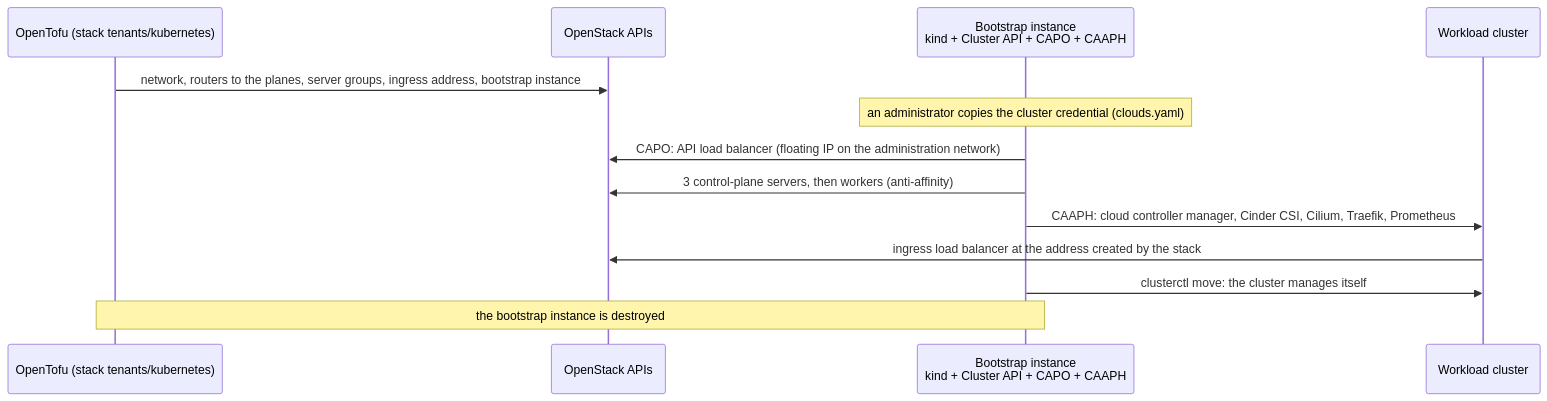
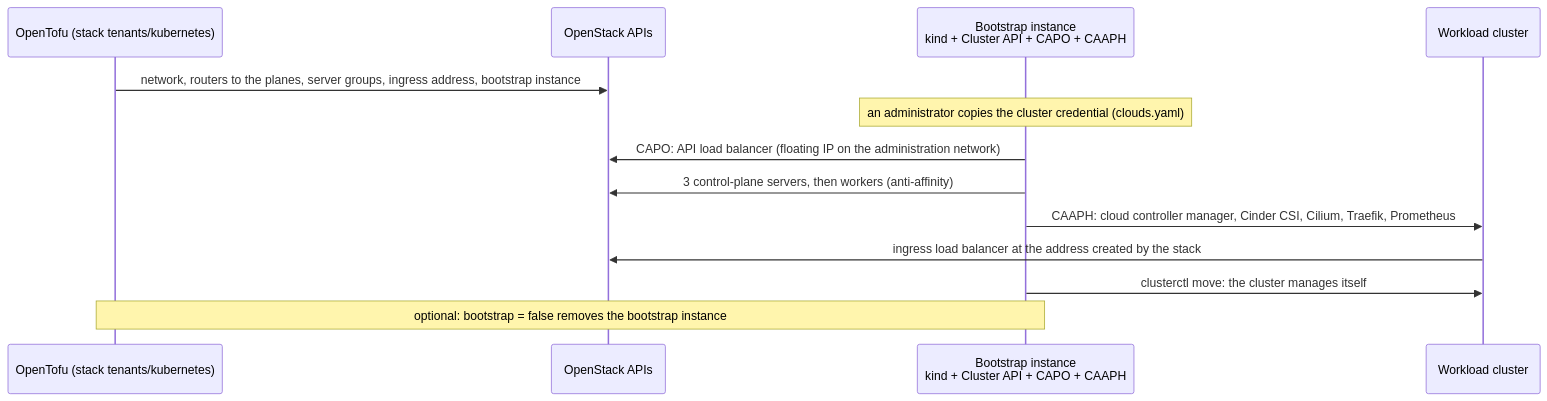
One commit to CyprisTech/openstack-multitenant-reference changed the eighth of 9 diagrams in docs/concepts/architecture.md. Above: the diagram before and after it, drawn with Mermaid. The commit also changed other lines of this file and 45 other files, not shown here.

````diff
--- a/docs/concepts/architecture.md
+++ b/docs/concepts/architecture.md
@@ -265,15 +267,15 @@
 ```mermaid
 sequenceDiagram
     participant TF as OpenTofu (stack tenants/kubernetes)
     participant OS as OpenStack APIs
     participant B as Bootstrap instance<br/>kind + Cluster API + CAPO + CAAPH
     participant W as Workload cluster
     TF->>OS: network, routers to the planes, server groups, ingress address, bootstrap instance
     Note over B: an administrator copies the cluster credential (clouds.yaml)
     B->>OS: CAPO: API load balancer (floating IP on the administration network)
     B->>OS: 3 control-plane servers, then workers (anti-affinity)
     B->>W: CAAPH: cloud controller manager, Cinder CSI, Cilium, Traefik, Prometheus
     W->>OS: ingress load balancer at the address created by the stack
     B->>W: clusterctl move: the cluster manages itself
-    Note over TF,B: the bootstrap instance is destroyed
+    Note over TF,B: optional: bootstrap = false removes the bootstrap instance
 ```
````
